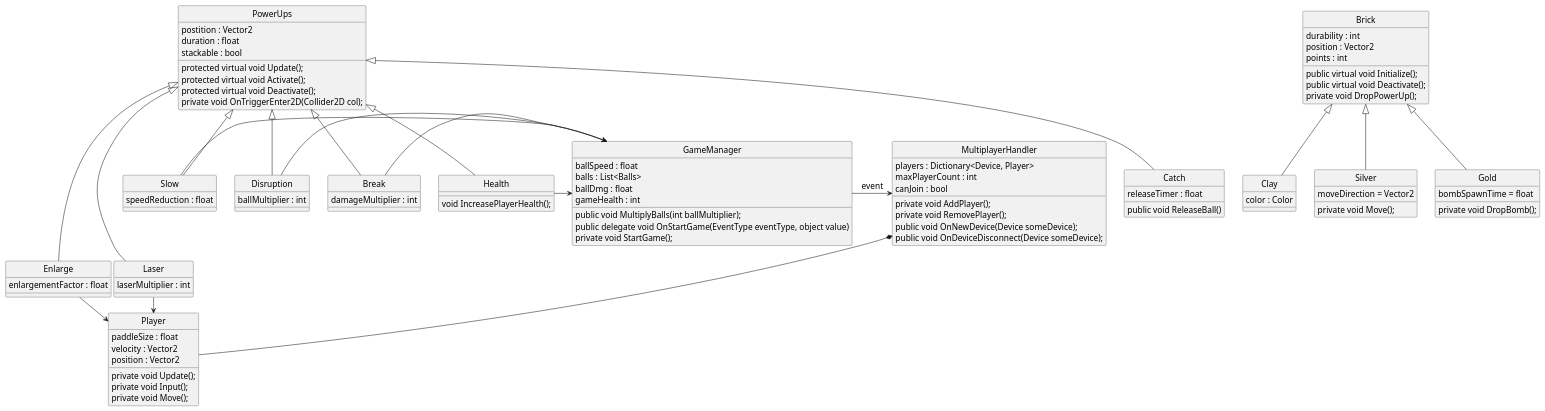
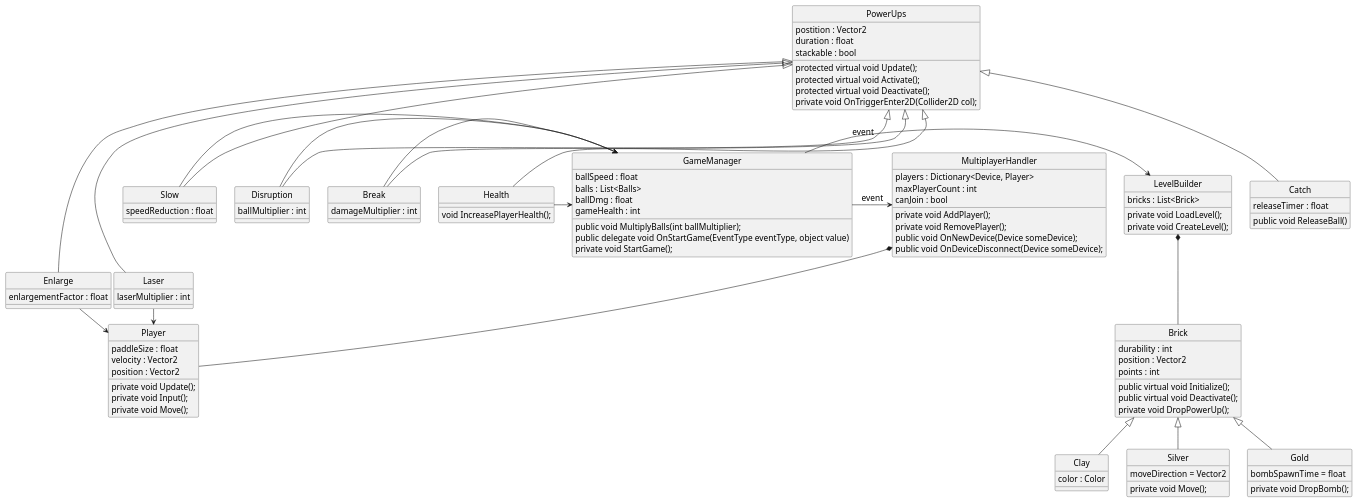
One commit to RitchiDev/GROUP-Domain-Decomposition-Git changed the diagram in Breakout.plantuml. Above: the diagram before and after it, drawn with PlantUML.

Commit message:
Added LevelBuilder class and connected the Brick class to it

```diff
--- a/Breakout.plantuml
+++ b/Breakout.plantuml
@@ -1,136 +1,148 @@
 @startuml Breakout
 skinparam style strictuml
 skinparam SequenceMessageAlignment center
 skinparam DefaultFontName Arial
 skinparam DefaultFontSize 16
 skinparam DefaultFontStyle bold
 
 Enlarge -> Player
 Laser -> Player
 class "Player" as Player
 {
     paddleSize : float
     velocity : Vector2
     position : Vector2
 
     private void Update();
     private void Input();
     private void Move();
 }
 
 Slow -> GameManager
 Disruption -> GameManager
 Break -> GameManager
 Health -> GameManager
 class "GameManager" as GameManager
 {
     ballSpeed : float
     balls : List<Balls>
     ballDmg : float
     gameHealth : int
 
     public void MultiplyBalls(int ballMultiplier);
     public delegate void OnStartGame(EventType eventType, object value)
     private void StartGame();
 }
+
+GameManager -> LevelBuilder : "event"
+LevelBuilder *-- Brick
+class "LevelBuilder" as LevelBuilder
+{
+    bricks : List<Brick>
+
+    private void LoadLevel();
+    private void CreateLevel();
+} 
 
 Powerups <|-- Enlarge
 Powerups <|-- Slow
 Powerups <|-- Disruption
 Powerups <|-- Laser
 Powerups <|-- Catch
 Powerups <|-- Break
 Powerups <|-- Health
 class "PowerUps" as Powerups
 {
     postition : Vector2
     duration : float
     stackable : bool
     
     protected virtual void Update();
     protected virtual void Activate();
     protected virtual void Deactivate();
     private void OnTriggerEnter2D(Collider2D col);
 }
 
 class "Enlarge" as Enlarge
 {
     enlargementFactor : float
 }
 
 class "Slow" as Slow
 {
     speedReduction : float
 }
 
 class "Disruption" as Disruption
 {
     ballMultiplier : int
 }
 
 class "Laser" as Laser
 {
     laserMultiplier : int
 }
 
 class "Catch" as Catch
 {
     releaseTimer : float
     public void ReleaseBall()
 }
 
 class "Break" as Break
 {
     damageMultiplier : int
 }
 
 class "Health" as Health
 {
     void IncreasePlayerHealth();
 }
 
 class "Brick" as Brick
 {
     durability : int
     position : Vector2
     points : int
 
     public virtual void Initialize();
     public virtual void Deactivate();
     private void DropPowerUp();
 }
 
 Brick <|-- Clay
 class "Clay" as Clay
 {
     color : Color
 }
 
 Brick <|-- Silver
 class "Silver" as Silver
 {
     moveDirection = Vector2
     private void Move();
 }
 
 Brick <|-- Gold
 class "Gold" as Gold
 {
     bombSpawnTime = float
     private void DropBomb();
 }
 
 GameManager -> MultiplayerHandler : "event"
 MultiplayerHandler *-- Player
 class MultiplayerHandler
 {
     players : Dictionary<Device, Player> 
     maxPlayerCount : int
     canJoin : bool
 
     private void AddPlayer();
     private void RemovePlayer();
     public void OnNewDevice(Device someDevice);
     public void OnDeviceDisconnect(Device someDevice);
 }
+
+
 @enduml
```
